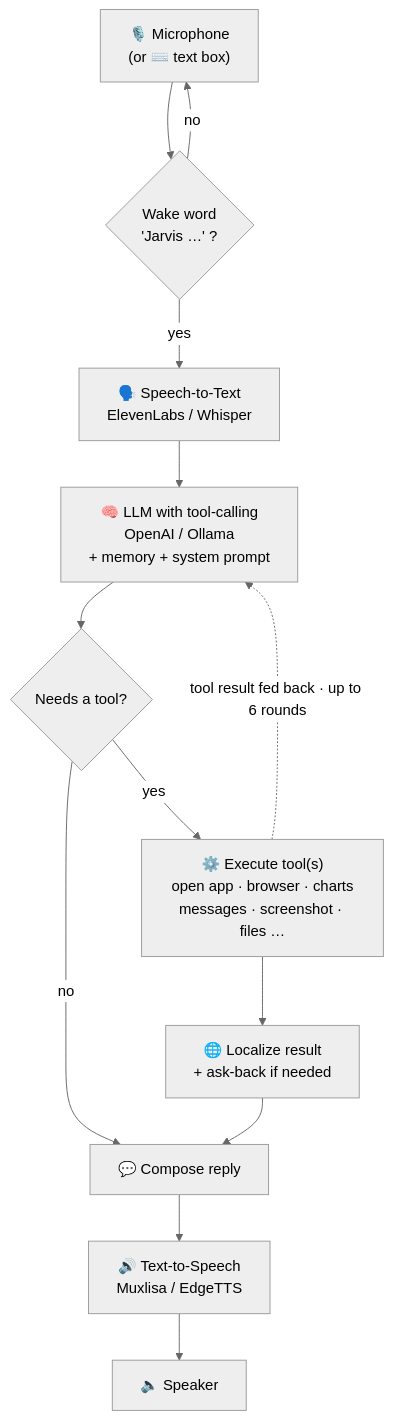
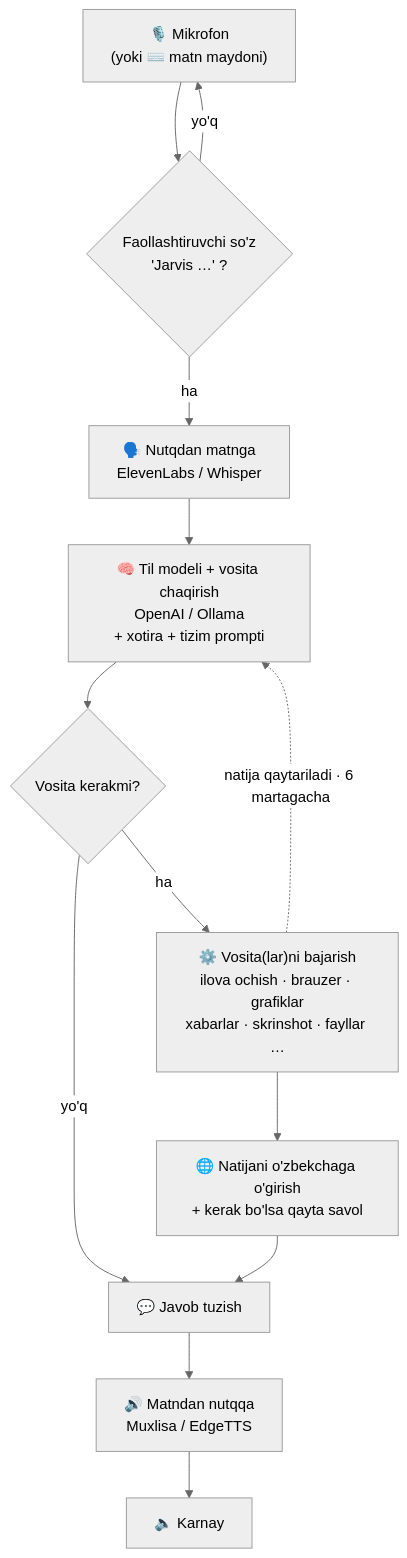
The diagram in readme.md (sensat1onall/Jarvis), drawn with Mermaid (neutral theme) before and after one commit. The commit also changed other lines of this file, not shown here.

````diff
--- a/readme.md
+++ b/readme.md
@@ -39,15 +39,15 @@
 ```mermaid
 flowchart TD
-    A["🎙️ Microphone<br/>(or ⌨️ text box)"] --> B{"Wake word<br/>'Jarvis …' ?"}
-    B -- no --> A
-    B -- yes --> C["🗣️ Speech-to-Text<br/>ElevenLabs / Whisper"]
-    C --> D["🧠 LLM with tool-calling<br/>OpenAI / Ollama<br/>+ memory + system prompt"]
-    D --> E{"Needs a tool?"}
-    E -- "no" --> H["💬 Compose reply"]
-    E -- "yes" --> F["⚙️ Execute tool(s)<br/>open app · browser · charts<br/>messages · screenshot · files …"]
-    F --> G["🌐 Localize result<br/>+ ask-back if needed"]
+    A["🎙️ Mikrofon<br/>(yoki ⌨️ matn maydoni)"] --> B{"Faollashtiruvchi so'z<br/>'Jarvis …' ?"}
+    B -- "yo'q" --> A
+    B -- "ha" --> C["🗣️ Nutqdan matnga<br/>ElevenLabs / Whisper"]
+    C --> D["🧠 Til modeli + vosita chaqirish<br/>OpenAI / Ollama<br/>+ xotira + tizim prompti"]
+    D --> E{"Vosita kerakmi?"}
+    E -- "yo'q" --> H["💬 Javob tuzish"]
+    E -- "ha" --> F["⚙️ Vosita(lar)ni bajarish<br/>ilova ochish · brauzer · grafiklar<br/>xabarlar · skrinshot · fayllar …"]
+    F --> G["🌐 Natijani o'zbekchaga o'girish<br/>+ kerak bo'lsa qayta savol"]
     G --> H
-    H --> I["🔊 Text-to-Speech<br/>Muxlisa / EdgeTTS"]
-    I --> J["🔈 Speaker"]
-    F -. "tool result fed back · up to 6 rounds" .-> D
+    H --> I["🔊 Matndan nutqqa<br/>Muxlisa / EdgeTTS"]
+    I --> J["🔈 Karnay"]
+    F -. "natija qaytariladi · 6 martagacha" .-> D
 ```
````
